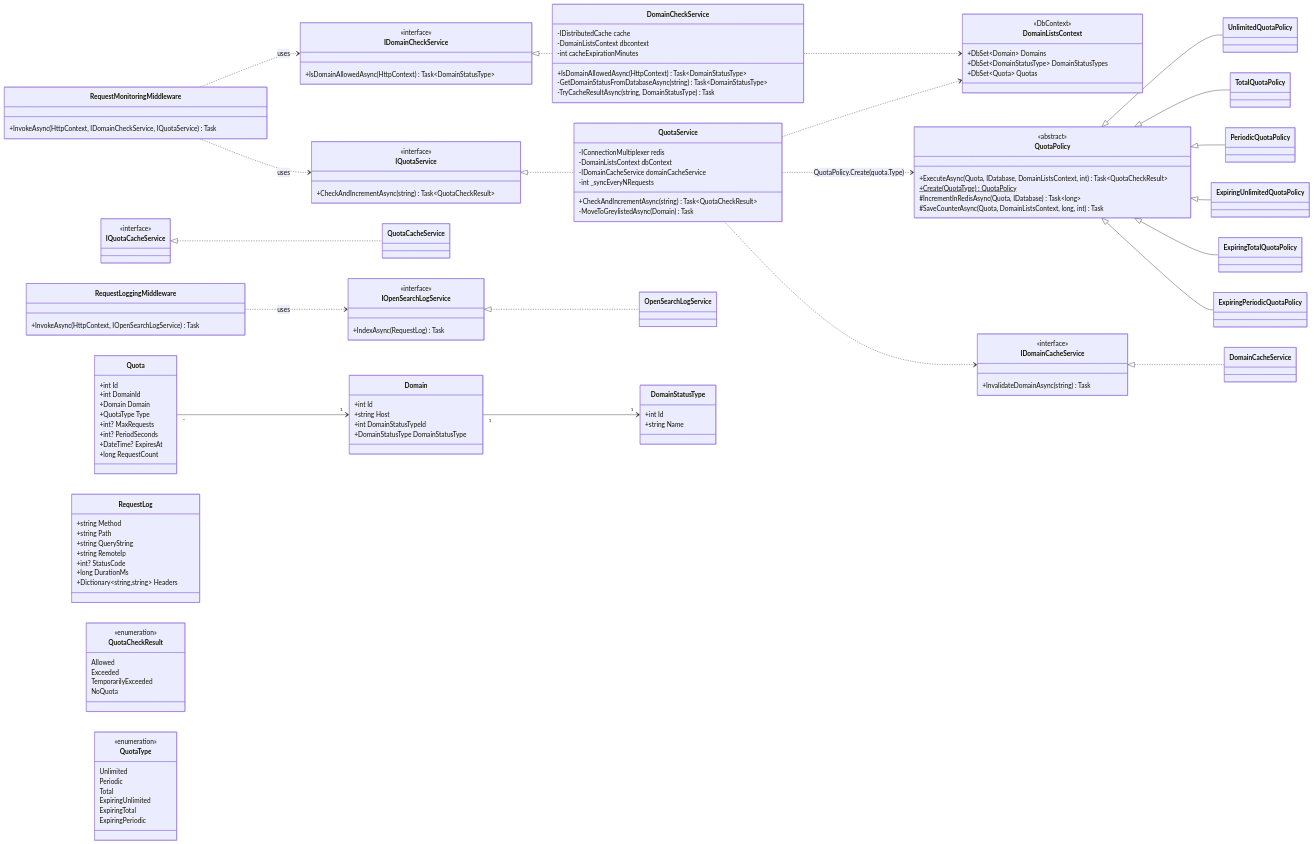
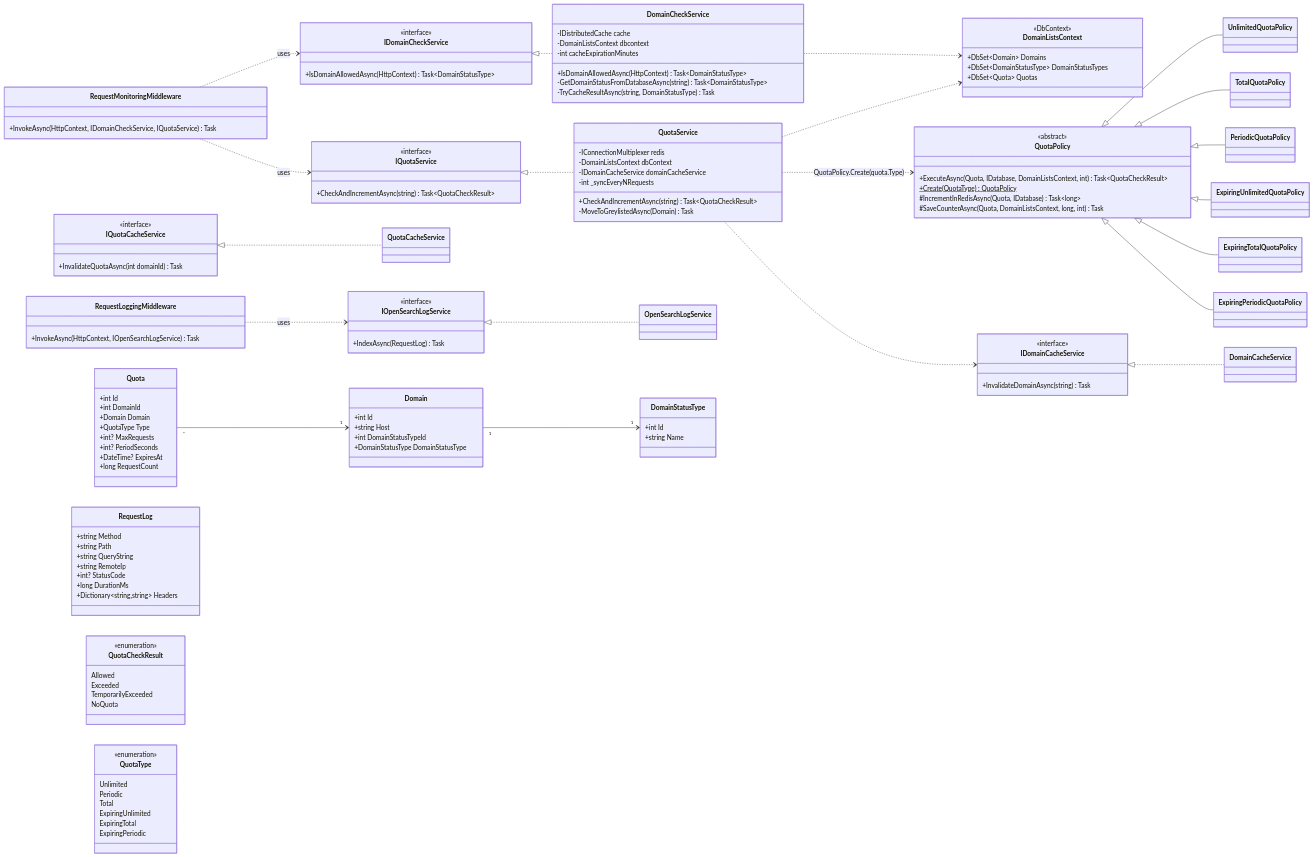
Before and after one commit to razzzenya/RequestsMonitoringMiddleware: the diagram in docs/c4/04-code-class.md, drawn with Mermaid. The commit also changed other lines of this file and 4 other files, not shown here.

First line of the commit message:
docs(c4): align diagrams with code (status names, cache API, NoQuota flow, telemetry, DI)

```diff
--- a/docs/c4/04-code-class.md
+++ b/docs/c4/04-code-class.md
@@ -49,6 +49,7 @@
 
     class IQuotaCacheService {
         <<interface>>
+        +InvalidateQuotaAsync(int domainId) Task
     }
     class QuotaCacheService
 
```
